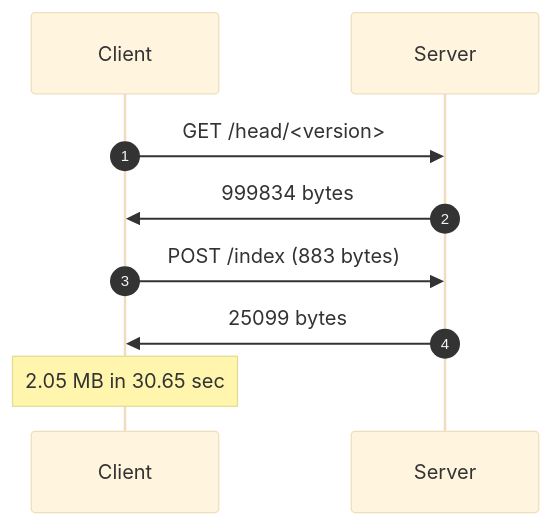
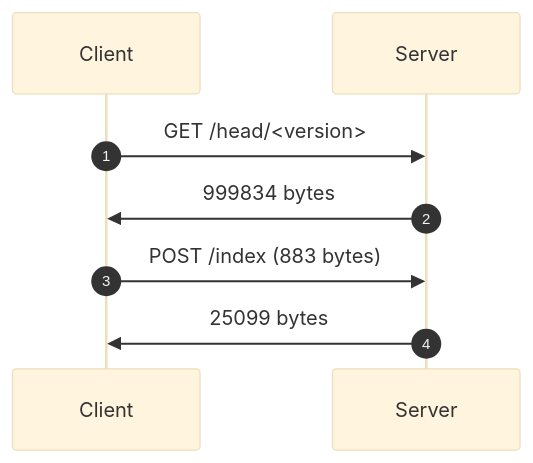
One commit to bitmeta69/securedrop changed the third of 4 diagrams in PROPOSAL.md. Above: the diagram before and after it, drawn with Mermaid (base theme). The commit also changed other lines of this file, not shown here.

````diff
--- a/PROPOSAL.md
+++ b/PROPOSAL.md
@@ -111,15 +109,13 @@
 ```mermaid
 sequenceDiagram
 autonumber
 
 participant Client
 participant Server
 
 Client ->> Server: GET /head/<version>
 Server ->> Client: 999834 bytes
 
 Client ->> Server: POST /index (883 bytes)
 Server ->> Client: 25099 bytes
-
-Note over Client: 2.05 MB in 30.65 sec
 ```
````
